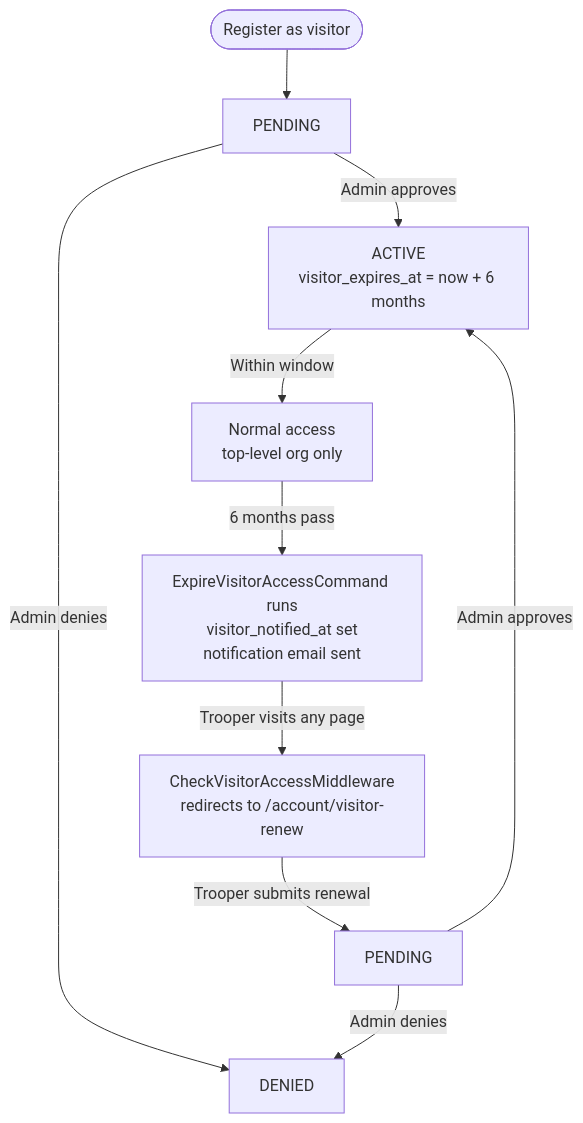
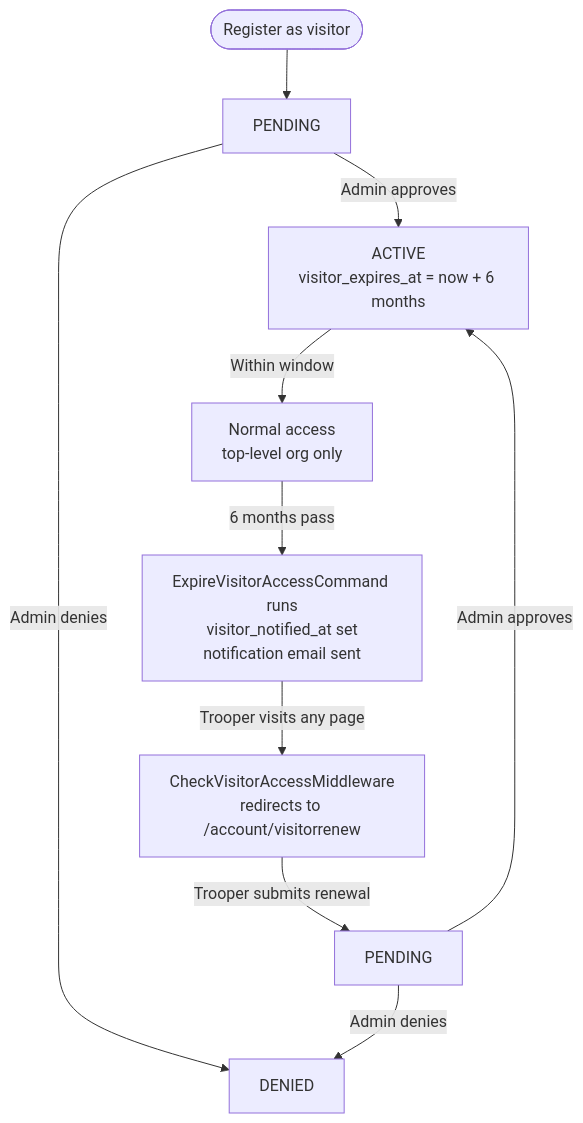
The second of 2 diagrams in docs/MEMBERSHIP_ROLES.md (obsidianslicers/trooper-tracker), drawn with Mermaid before and after one commit. The commit also changed other lines of this file and 62 other files, not shown here.

````diff
--- a/docs/MEMBERSHIP_ROLES.md
+++ b/docs/MEMBERSHIP_ROLES.md
@@ -161,12 +161,12 @@
 ```mermaid
 flowchart TD
     A([Register as visitor]) --> B[PENDING]
     B -->|Admin denies| C[DENIED]
     B -->|Admin approves| D[ACTIVE\nvisitor_expires_at = now + 6 months]
     D -->|Within window| E[Normal access\ntop-level org only]
     E -->|6 months pass| F[ExpireVisitorAccessCommand runs\nvisitor_notified_at set\nnotification email sent]
-    F -->|Trooper visits any page| G[CheckVisitorAccessMiddleware\nredirects to /account/visitor-renew]
+    F -->|Trooper visits any page| G[CheckVisitorAccessMiddleware\nredirects to /account/visitorrenew]
     G -->|Trooper submits renewal| H[PENDING]
     H -->|Admin denies| C
     H -->|Admin approves| D
 ```
````
